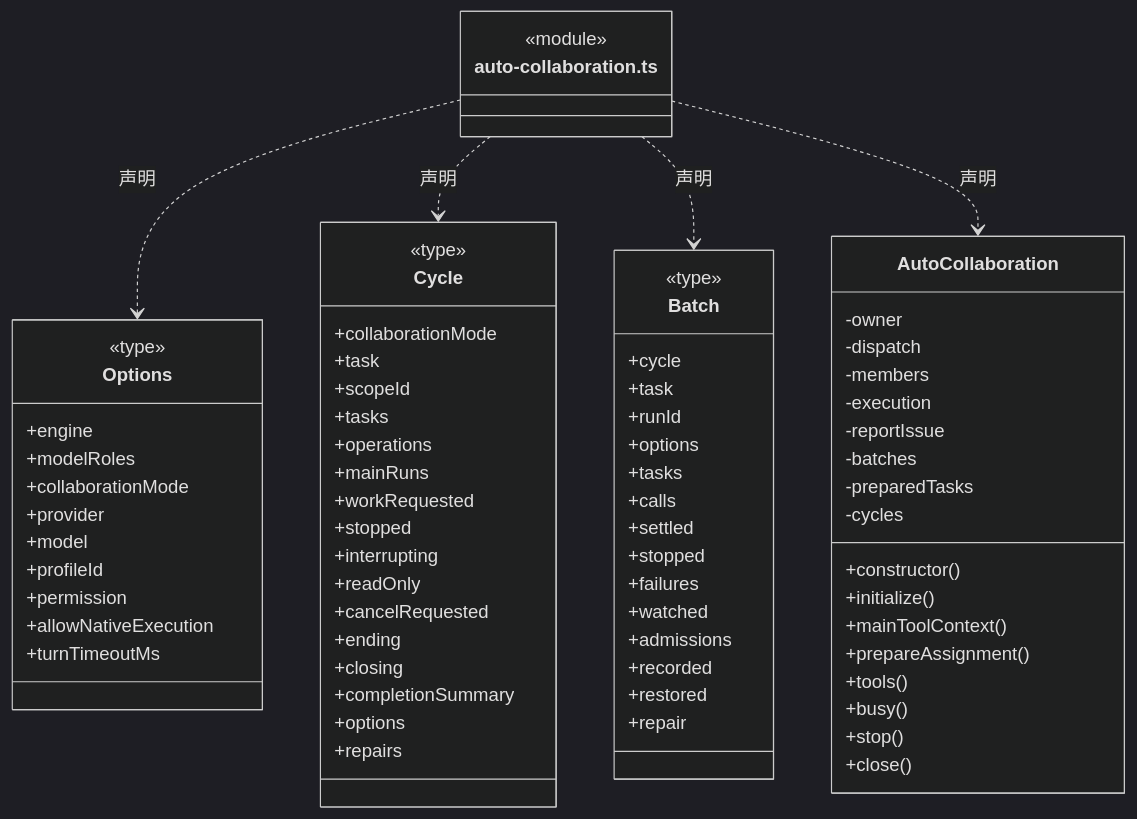
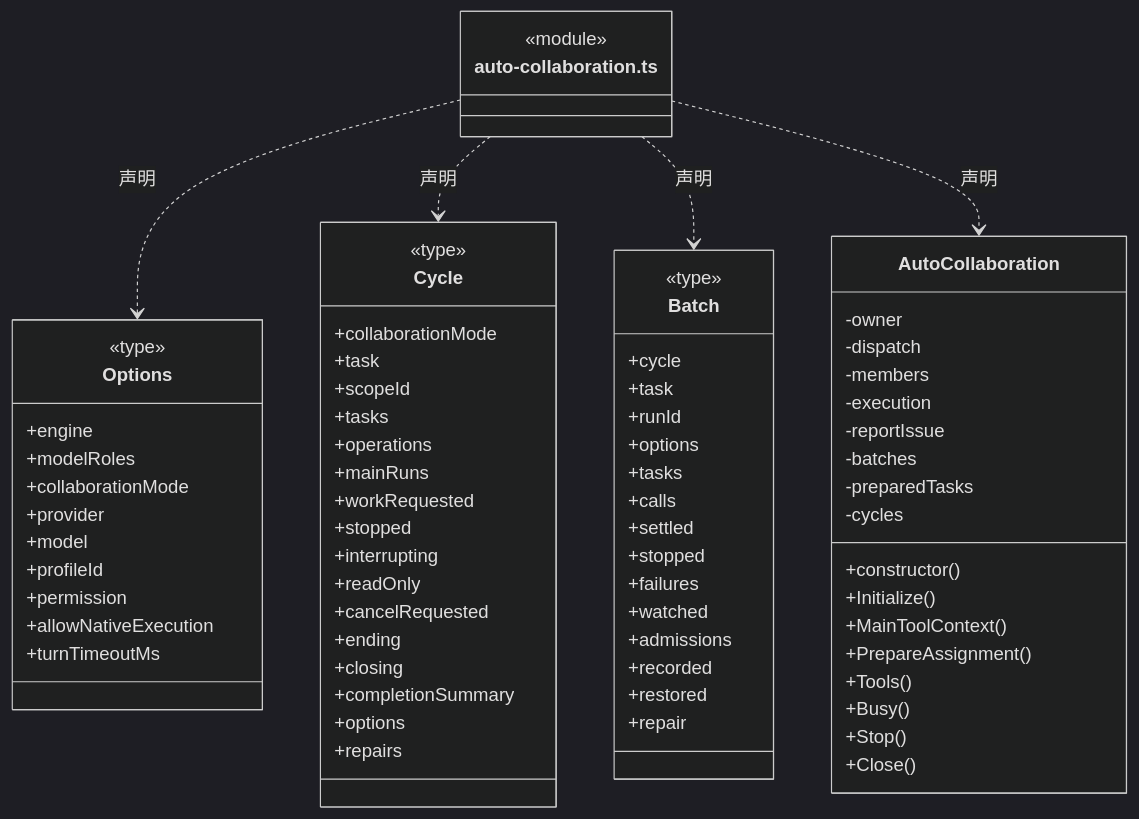
One commit to nan023062/cbim changed the first of 15 diagrams in src/logic/dispatch/runtime/ARCHITECTURE.md. Above: the diagram before and after it, drawn with Mermaid (dark theme). The commit also changed other lines of this file and 1035 other files, not shown here.

````diff
--- a/src/logic/dispatch/runtime/ARCHITECTURE.md
+++ b/src/logic/dispatch/runtime/ARCHITECTURE.md
@@ -30,76 +30,76 @@
 ```mermaid
 classDiagram
 class N_src_logic_dispatch_runtime_auto_collaboration_ts["auto-collaboration.ts"] {
   <<module>>
 }
 class N_src_logic_dispatch_runtime_auto_collaboration_ts_Options["Options"] {
   <<type>>
   +engine
   +modelRoles
   +collaborationMode
   +provider
   +model
   +profileId
   +permission
   +allowNativeExecution
   +turnTimeoutMs
 }
 N_src_logic_dispatch_runtime_auto_collaboration_ts ..> N_src_logic_dispatch_runtime_auto_collaboration_ts_Options : 声明
 class N_src_logic_dispatch_runtime_auto_collaboration_ts_Cycle["Cycle"] {
   <<type>>
   +collaborationMode
   +task
   +scopeId
   +tasks
   +operations
   +mainRuns
   +workRequested
   +stopped
   +interrupting
   +readOnly
   +cancelRequested
   +ending
   +closing
   +completionSummary
   +options
   +repairs
 }
 N_src_logic_dispatch_runtime_auto_collaboration_ts ..> N_src_logic_dispatch_runtime_auto_collaboration_ts_Cycle : 声明
 class N_src_logic_dispatch_runtime_auto_collaboration_ts_Batch["Batch"] {
   <<type>>
   +cycle
   +task
   +runId
   +options
   +tasks
   +calls
   +settled
   +stopped
   +failures
   +watched
   +admissions
   +recorded
   +restored
   +repair
 }
 N_src_logic_dispatch_runtime_auto_collaboration_ts ..> N_src_logic_dispatch_runtime_auto_collaboration_ts_Batch : 声明
 class N_src_logic_dispatch_runtime_auto_collaboration_ts_AutoCollaboration["AutoCollaboration"] {
   +constructor()
-  +initialize()
-  +mainToolContext()
-  +prepareAssignment()
-  +tools()
-  +busy()
-  +stop()
-  +close()
+  +Initialize()
+  +MainToolContext()
+  +PrepareAssignment()
+  +Tools()
+  +Busy()
+  +Stop()
+  +Close()
   -owner
   -dispatch
   -members
   -execution
   -reportIssue
   -batches
   -preparedTasks
   -cycles
 }
 N_src_logic_dispatch_runtime_auto_collaboration_ts ..> N_src_logic_dispatch_runtime_auto_collaboration_ts_AutoCollaboration : 声明
 ```
````
